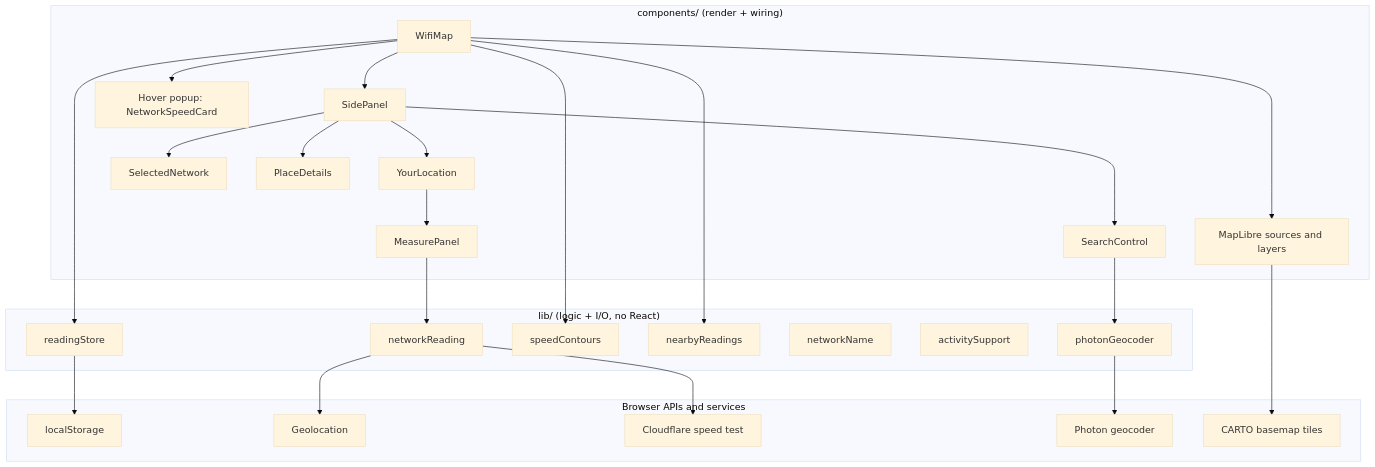
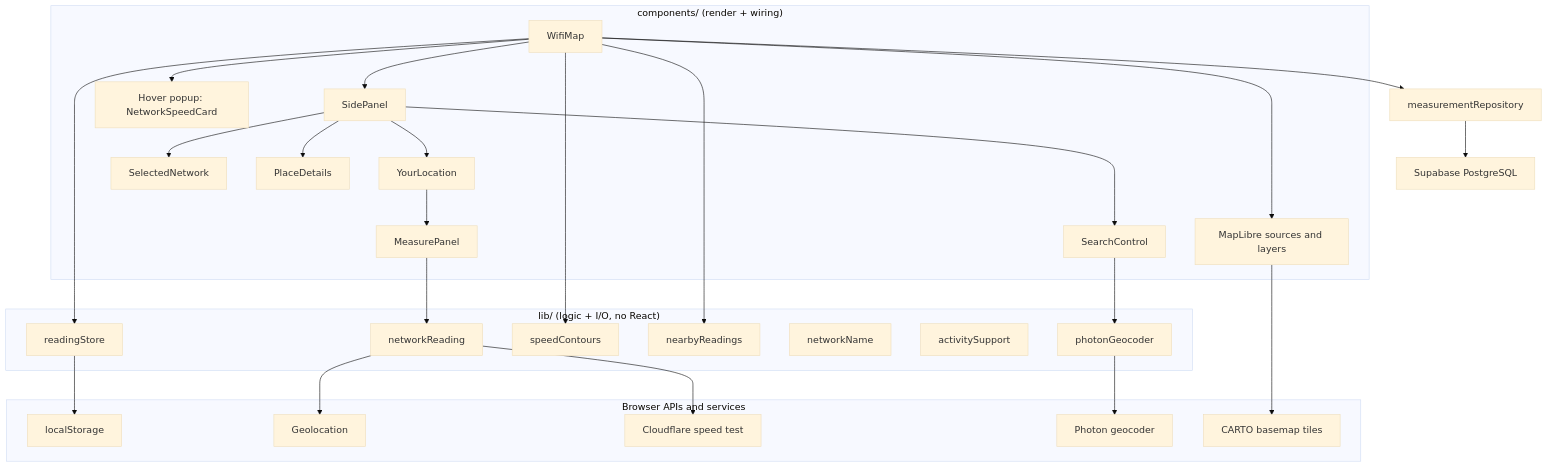
The first of 2 diagrams in wifi_map/docs/ARCHITECTURE.md (Tofulati/wifi_map), drawn with Mermaid (base theme) before and after one commit. The commit also changed other lines of this file and 12 other files, not shown here.

````diff
--- a/wifi_map/docs/ARCHITECTURE.md
+++ b/wifi_map/docs/ARCHITECTURE.md
@@ -9,36 +9,37 @@
 ```mermaid
 flowchart TD
     subgraph React["components/ (render + wiring)"]
         WifiMap --> SidePanel
         WifiMap --> MapLayers["MapLibre sources and layers"]
         WifiMap --> Popup["Hover popup: NetworkSpeedCard"]
         SidePanel --> SearchControl
         SidePanel --> YourLocation
         SidePanel --> SelectedNetwork
         SidePanel --> PlaceDetails
         YourLocation --> MeasurePanel
     end
     subgraph Lib["lib/ (logic + I/O, no React)"]
         networkReading
         readingStore
         speedContours
         nearbyReadings
         networkName
         activitySupport
         photonGeocoder
     end
     subgraph Outside["Browser APIs and services"]
         localStorage
         Geolocation
         Cloudflare["Cloudflare speed test"]
         Photon["Photon geocoder"]
         Tiles["CARTO basemap tiles"]
     end
     MeasurePanel --> networkReading --> Cloudflare
     networkReading --> Geolocation
     WifiMap --> readingStore --> localStorage
+    WifiMap --> measurementRepository --> Supabase["Supabase PostgreSQL"]
     WifiMap --> speedContours
     WifiMap --> nearbyReadings
     SearchControl --> photonGeocoder --> Photon
     MapLayers --> Tiles
 ```
````
